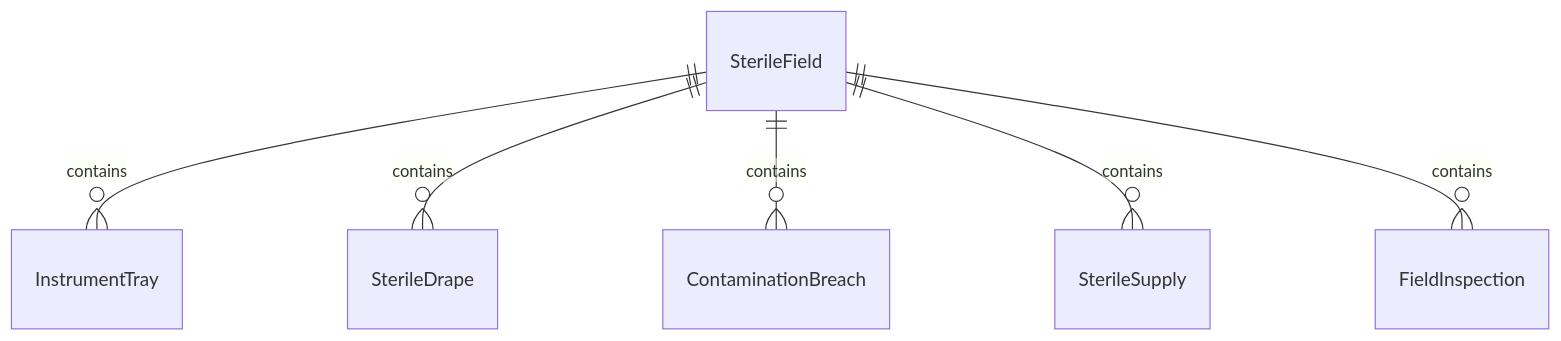
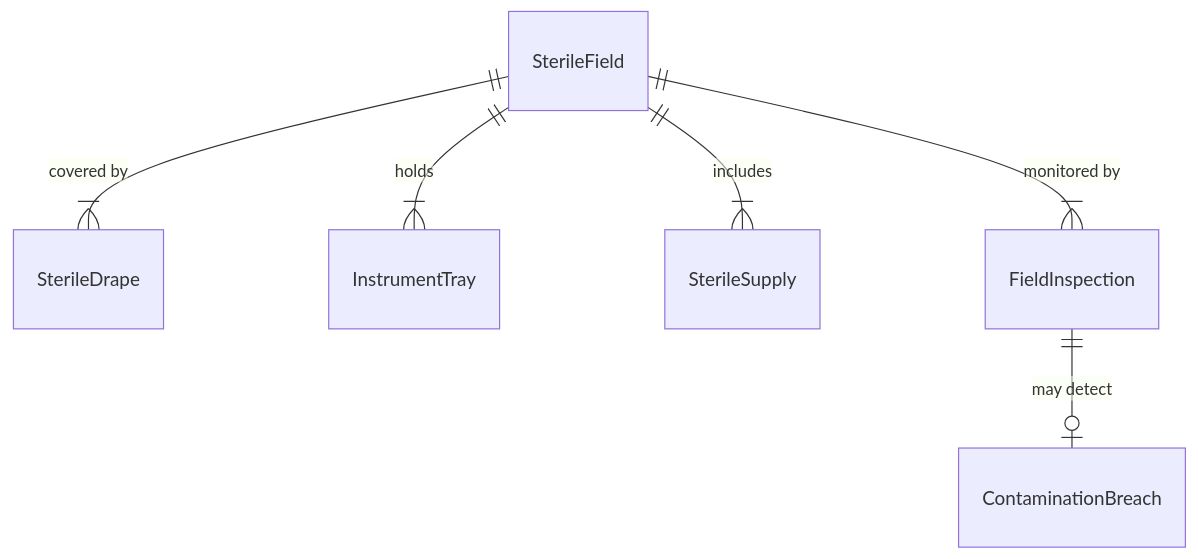
Before and after one commit to dot-org-ai/tasks.org.ai: the first of 4 diagrams in AssistingAndCaringForOthers/AssistHealthcarePractitionersDuringMedicalProcedures/MaintainSterileOperativeFields.mdx, drawn with Mermaid. The commit also changed other lines of this file and 32 other files, not shown here.

First line of the commit message:
fix: Improve ER and State diagrams in 32 AssistingAndCaringForOthers DWA files

````diff
--- a/AssistingAndCaringForOthers/AssistHealthcarePractitionersDuringMedicalProcedures/MaintainSterileOperativeFields.mdx
+++ b/AssistingAndCaringForOthers/AssistHealthcarePractitionersDuringMedicalProcedures/MaintainSterileOperativeFields.mdx
@@ -88,8 +88,8 @@
 ```mermaid
 erDiagram
-    SterileField ||--o{ InstrumentTray : contains
-    SterileField ||--o{ SterileDrape : contains
-    SterileField ||--o{ ContaminationBreach : contains
-    SterileField ||--o{ SterileSupply : contains
-    SterileField ||--o{ FieldInspection : contains
+    SterileField ||--|{ SterileDrape : "covered by"
+    SterileField ||--|{ InstrumentTray : holds
+    SterileField ||--|{ SterileSupply : includes
+    FieldInspection ||--o| ContaminationBreach : "may detect"
+    SterileField ||--|{ FieldInspection : "monitored by"
 ```
````
